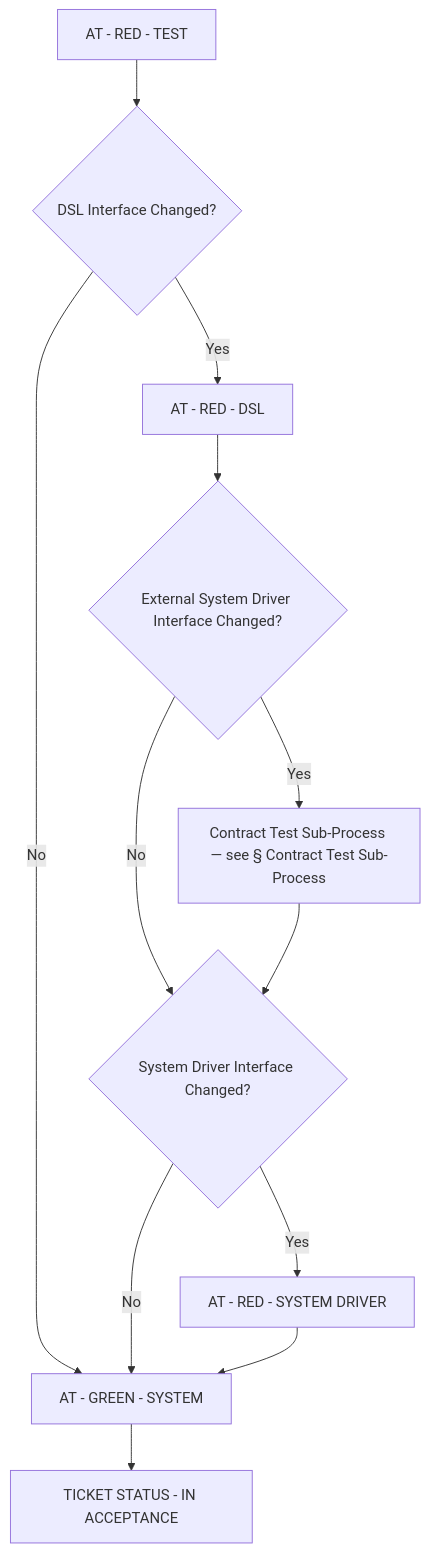
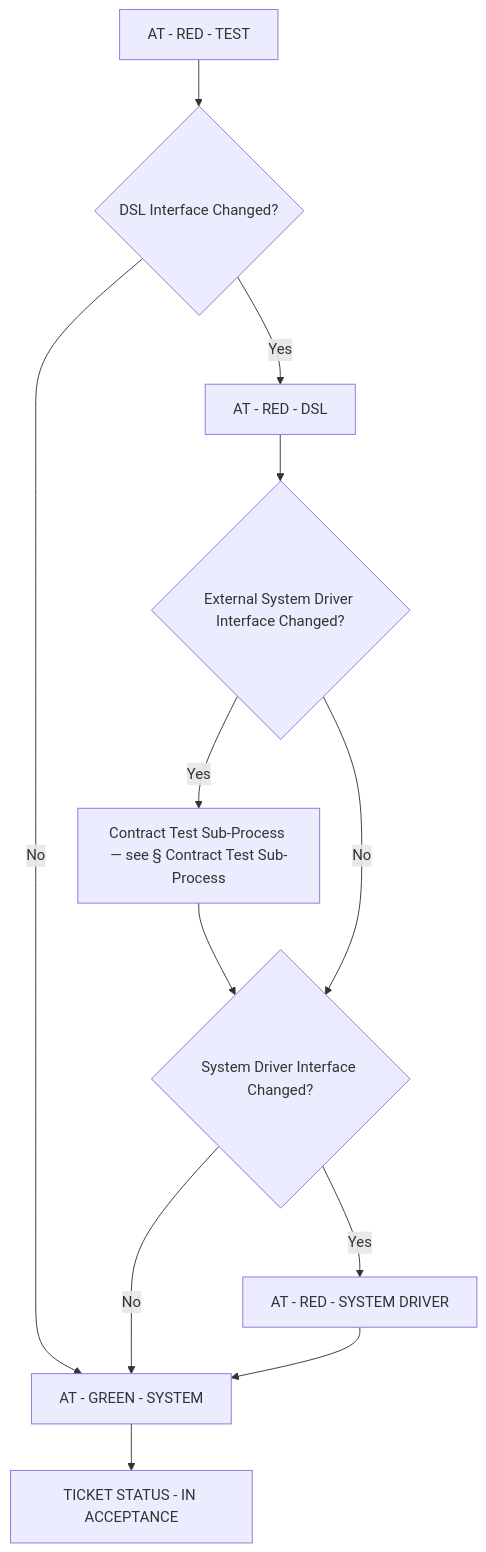
Before and after one commit to optivem/starter: the third of 10 diagrams in docs/atdd/process/diagram-process.md, drawn with Mermaid. The commit also changed other lines of this file and 2 other files, not shown here.

````diff
--- a/docs/atdd/process/diagram-process.md
+++ b/docs/atdd/process/diagram-process.md
@@ -114,24 +110,24 @@
 ```mermaid
 flowchart TD
     AT_RED_TEST[AT - RED - TEST]
-    DSL_GATE{DSL Interface Changed?}
+    GATE_DSL_AT{DSL Interface Changed?}
     AT_RED_DSL[AT - RED - DSL]
-    EXT_GATE{External System Driver Interface Changed?}
+    GATE_EXT{External System Driver Interface Changed?}
     CT_SUB[Contract Test Sub-Process — see § Contract Test Sub-Process]
-    SYS_GATE{System Driver Interface Changed?}
+    GATE_SYS{System Driver Interface Changed?}
     AT_RED_SYS_DRIVER[AT - RED - SYSTEM DRIVER]
     AT_GREEN_SYS[AT - GREEN - SYSTEM]
-    IN_ACCEPTANCE[TICKET STATUS - IN ACCEPTANCE]
+    INACC[TICKET STATUS - IN ACCEPTANCE]
 
-    AT_RED_TEST --> DSL_GATE
-    DSL_GATE -->|No| AT_GREEN_SYS
-    DSL_GATE -->|Yes| AT_RED_DSL
-    AT_RED_DSL --> EXT_GATE
-    EXT_GATE -->|Yes| CT_SUB
-    EXT_GATE -->|No| SYS_GATE
-    CT_SUB --> SYS_GATE
-    SYS_GATE -->|No| AT_GREEN_SYS
-    SYS_GATE -->|Yes| AT_RED_SYS_DRIVER
+    AT_RED_TEST --> GATE_DSL_AT
+    GATE_DSL_AT -->|No| AT_GREEN_SYS
+    GATE_DSL_AT -->|Yes| AT_RED_DSL
+    AT_RED_DSL --> GATE_EXT
+    GATE_EXT -->|Yes| CT_SUB
+    CT_SUB --> GATE_SYS
+    GATE_EXT -->|No| GATE_SYS
+    GATE_SYS -->|No| AT_GREEN_SYS
+    GATE_SYS -->|Yes| AT_RED_SYS_DRIVER
     AT_RED_SYS_DRIVER --> AT_GREEN_SYS
-    AT_GREEN_SYS --> IN_ACCEPTANCE
+    AT_GREEN_SYS --> INACC
 ```
````
